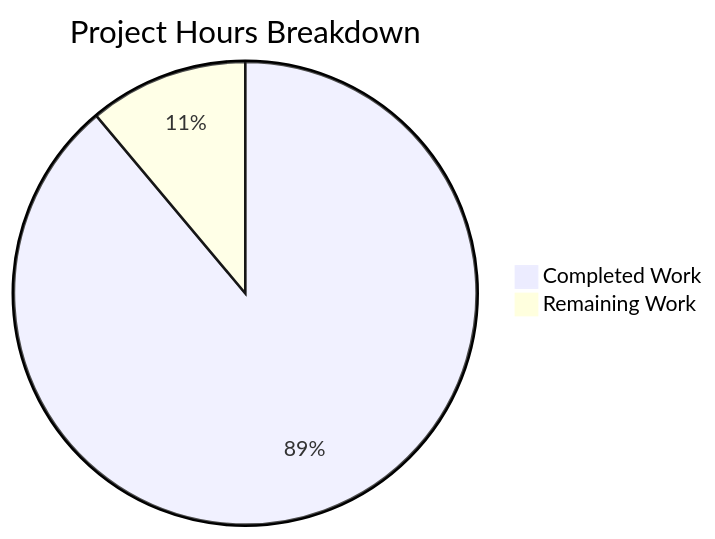
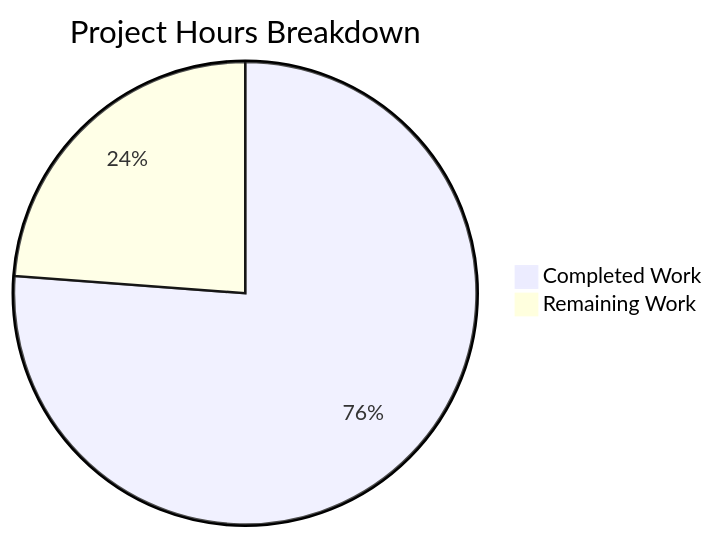
Before and after one commit to sudhanshu-spec/test-spec: the diagram in blitzy/documentation/Project Guide.md, drawn with Mermaid. The commit also changed other lines of this file, not shown here.

Commit message:
Adding Blitzy Project Guide: Project Status and Human Tasks Remaining

````diff
--- a/blitzy/documentation/Project Guide.md
+++ b/blitzy/documentation/Project Guide.md
@@ -53,5 +32,5 @@
 ```mermaid
 pie title Project Hours Breakdown
-    "Completed Work" : 8
-    "Remaining Work" : 1
+    "Completed Work" : 32
+    "Remaining Work" : 10
 ```
````
